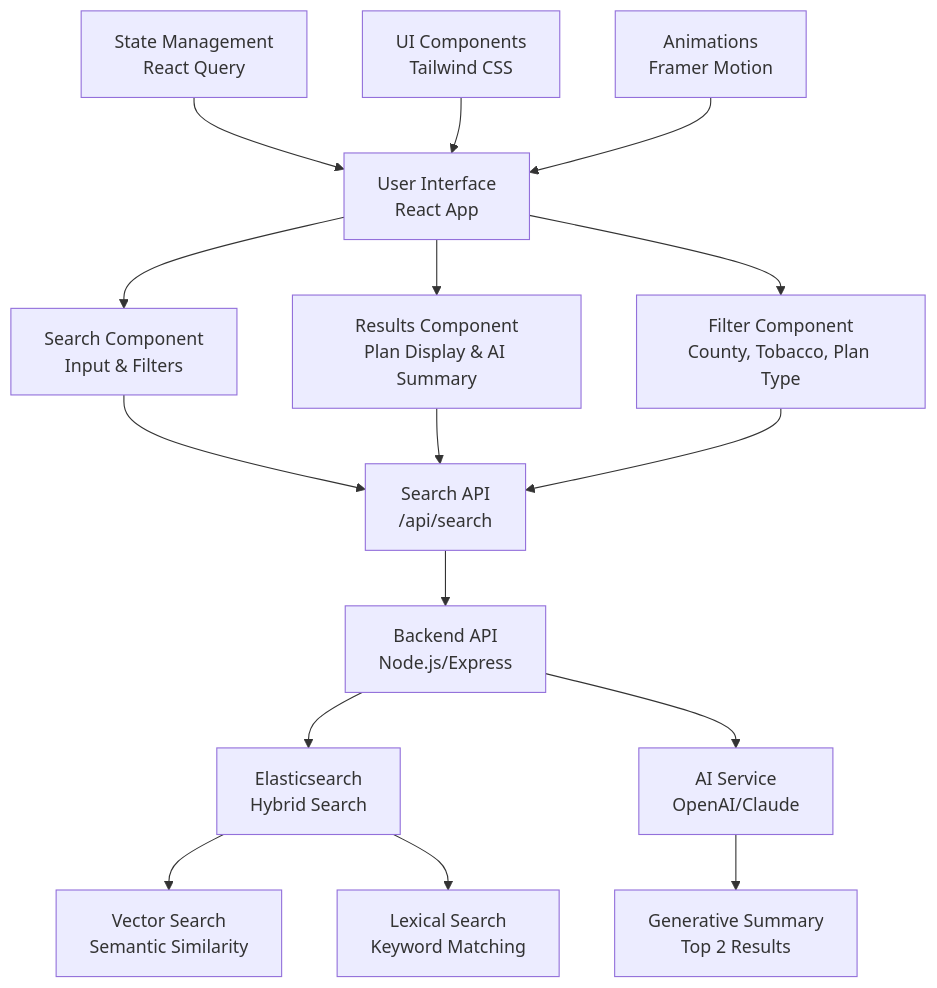
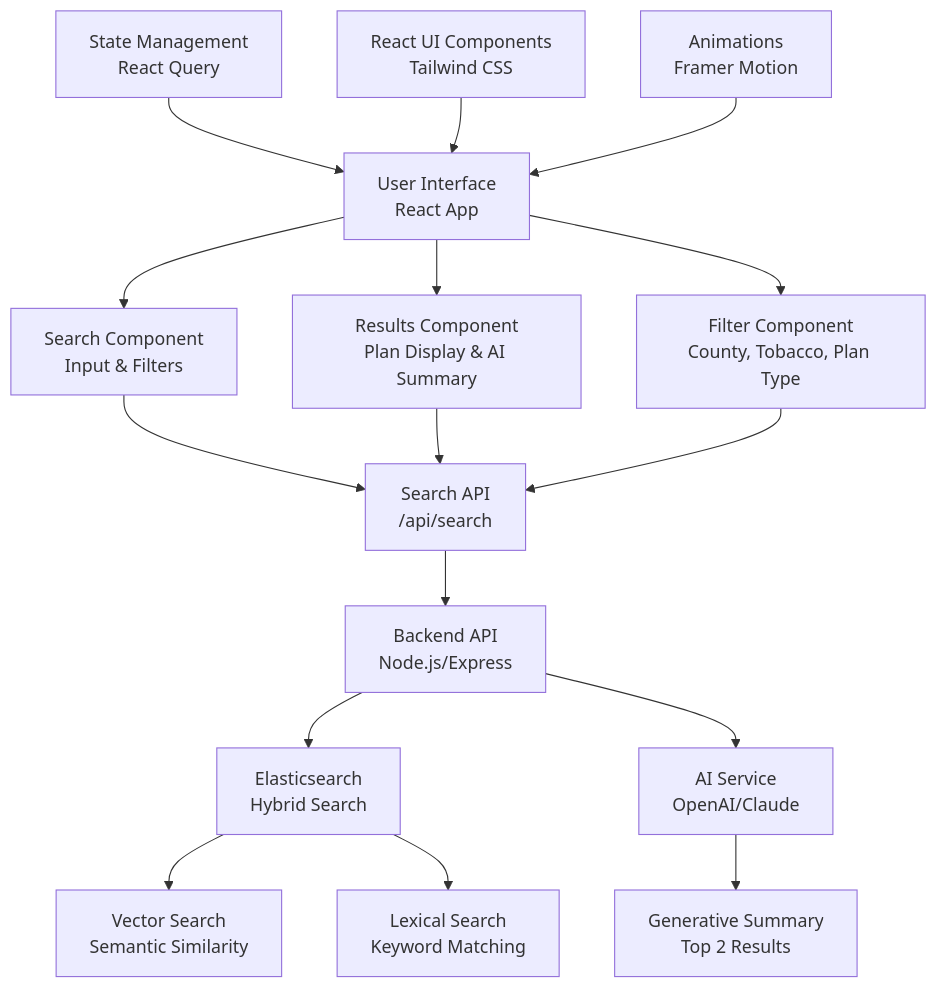
Before and after one commit to bommas/ambetter-project: the fourth of 6 diagrams in PROJECT_REQUIREMENTS.md, drawn with Mermaid. The commit also changed other lines of this file and 1 other file, not shown here.

First line of the commit message:
Ensure all references consistently specify React technology

````diff
--- a/PROJECT_REQUIREMENTS.md
+++ b/PROJECT_REQUIREMENTS.md
@@ -157,23 +157,23 @@
 ```mermaid
 graph TB
     A[User Interface<br/>React App] --> B[Search Component<br/>Input & Filters]
     A --> C[Results Component<br/>Plan Display & AI Summary]
     A --> D[Filter Component<br/>County, Tobacco, Plan Type]
     
     B --> E[Search API<br/>/api/search]
     C --> E
     D --> E
     
     E --> F[Backend API<br/>Node.js/Express]
     F --> G[Elasticsearch<br/>Hybrid Search]
     F --> H[AI Service<br/>OpenAI/Claude]
     
     G --> I[Vector Search<br/>Semantic Similarity]
     G --> J[Lexical Search<br/>Keyword Matching]
     
     H --> K[Generative Summary<br/>Top 2 Results]
     
     L[State Management<br/>React Query] --> A
-    M[UI Components<br/>Tailwind CSS] --> A
+    M[React UI Components<br/>Tailwind CSS] --> A
     N[Animations<br/>Framer Motion] --> A
 ```
````
